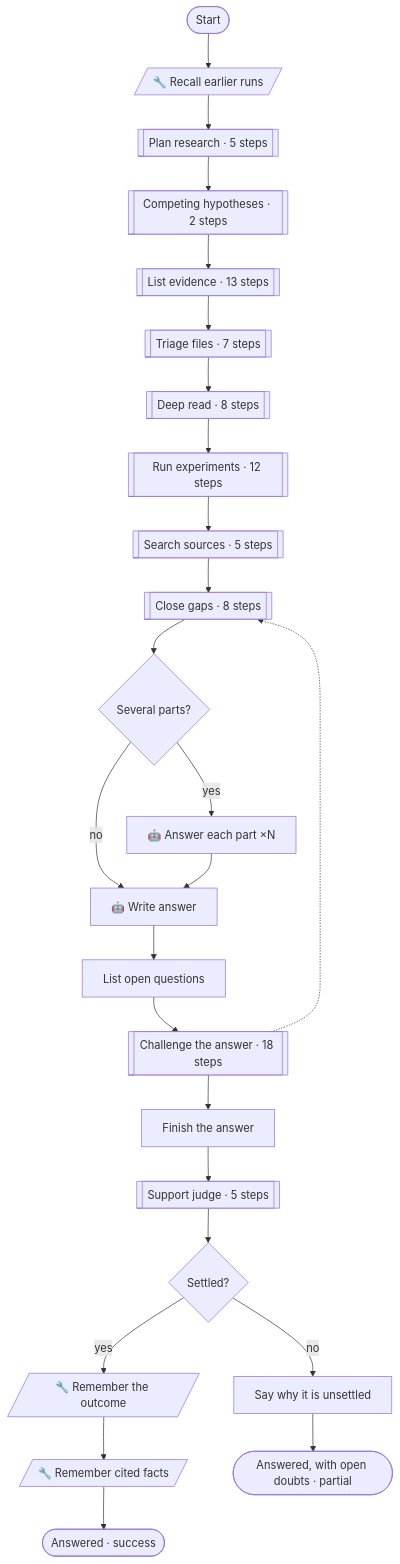
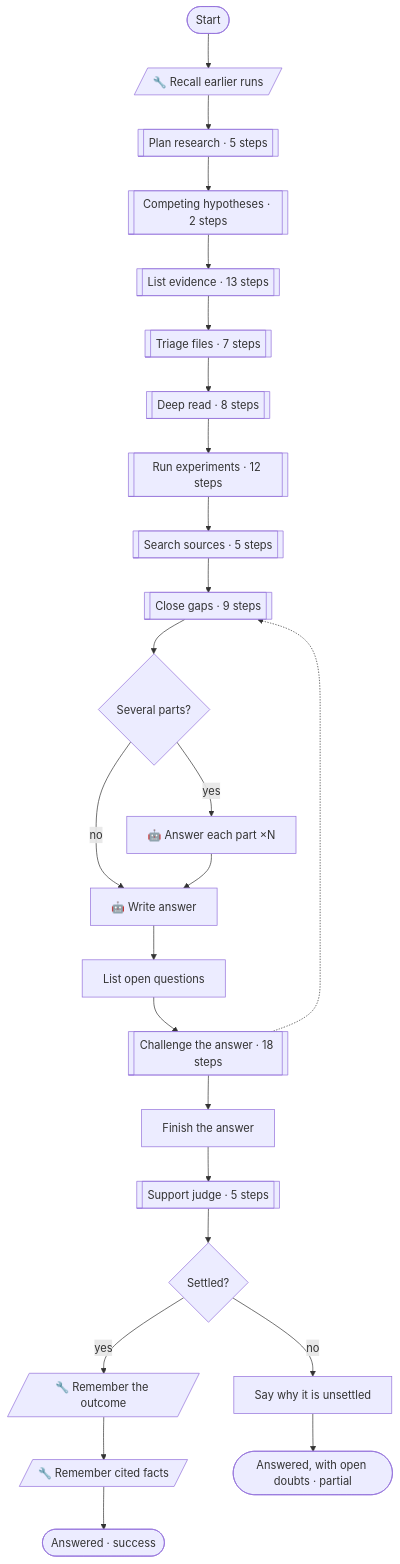
One commit to pirty6/symphony-core changed the first of 7 diagrams in docs/patterns.md. Above: the diagram before and after it, drawn with Mermaid. The commit also changed other lines of this file and 7 other files, not shown here.

````diff
--- a/docs/patterns.md
+++ b/docs/patterns.md
@@ -80,50 +80,50 @@
 ```mermaid
 flowchart TD
   n_start(["Start"])
   n_recall[/"🔧 Recall earlier runs"/]
   n_multiPart{"Several parts?"}
   n_answerParts["🤖 Answer each part ×N"]
   n_answer["🤖 Write answer"]
   n_listOpen["List open questions"]
   n_attachParts["Finish the answer"]
   n_settled{"Settled?"}
   n_noteDoubts["Say why it is unsettled"]
   n_learnAnswer[/"🔧 Remember the outcome"/]
   n_rememberCited[/"🔧 Remember cited facts"/]
   n_done(["Answered · success"])
   n_doubts(["Answered, with open doubts · partial"])
   n_planPhase[["Plan research · 5 steps"]]
   n_hypothesesPhase[["Competing hypotheses · 2 steps"]]
   n_listPhase[["List evidence · 13 steps"]]
   n_triagePhase[["Triage files · 7 steps"]]
   n_deepPhase[["Deep read · 8 steps"]]
   n_experimentPhase[["Run experiments · 12 steps"]]
   n_sourcePhase[["Search sources · 5 steps"]]
-  n_gapPhase[["Close gaps · 8 steps"]]
+  n_gapPhase[["Close gaps · 9 steps"]]
   n_challengePhase[["Challenge the answer · 18 steps"]]
   n_judgePhase[["Support judge · 5 steps"]]
   n_start --> n_recall
   n_recall --> n_planPhase
   n_planPhase --> n_hypothesesPhase
   n_hypothesesPhase --> n_listPhase
   n_listPhase --> n_triagePhase
   n_triagePhase --> n_deepPhase
   n_deepPhase --> n_experimentPhase
   n_experimentPhase --> n_sourcePhase
   n_sourcePhase --> n_gapPhase
   n_gapPhase --> n_multiPart
   n_multiPart -->|"yes"| n_answerParts
   n_multiPart -->|"no"| n_answer
   n_answerParts --> n_answer
   n_answer --> n_listOpen
   n_listOpen --> n_challengePhase
   n_challengePhase --> n_attachParts
   n_challengePhase -.-> n_gapPhase
   n_attachParts --> n_judgePhase
   n_judgePhase --> n_settled
   n_settled -->|"yes"| n_learnAnswer
   n_settled -->|"no"| n_noteDoubts
   n_learnAnswer --> n_rememberCited
   n_rememberCited --> n_done
   n_noteDoubts --> n_doubts
 ```
````
